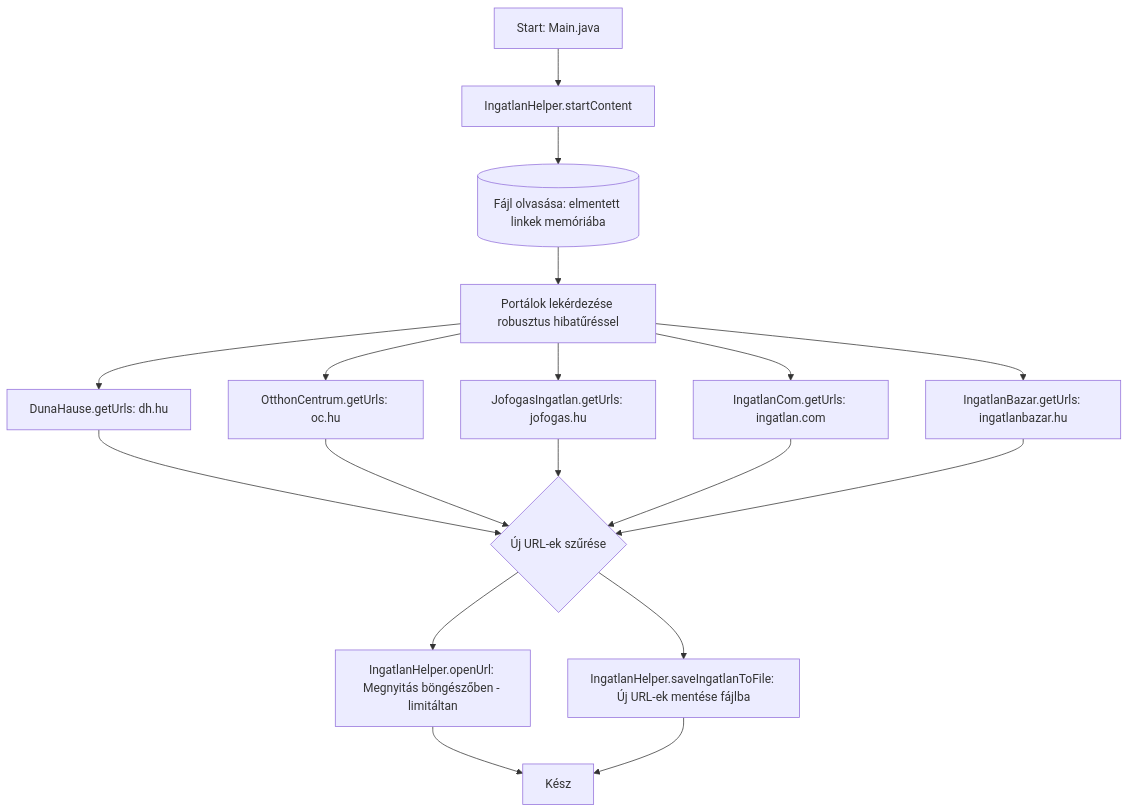
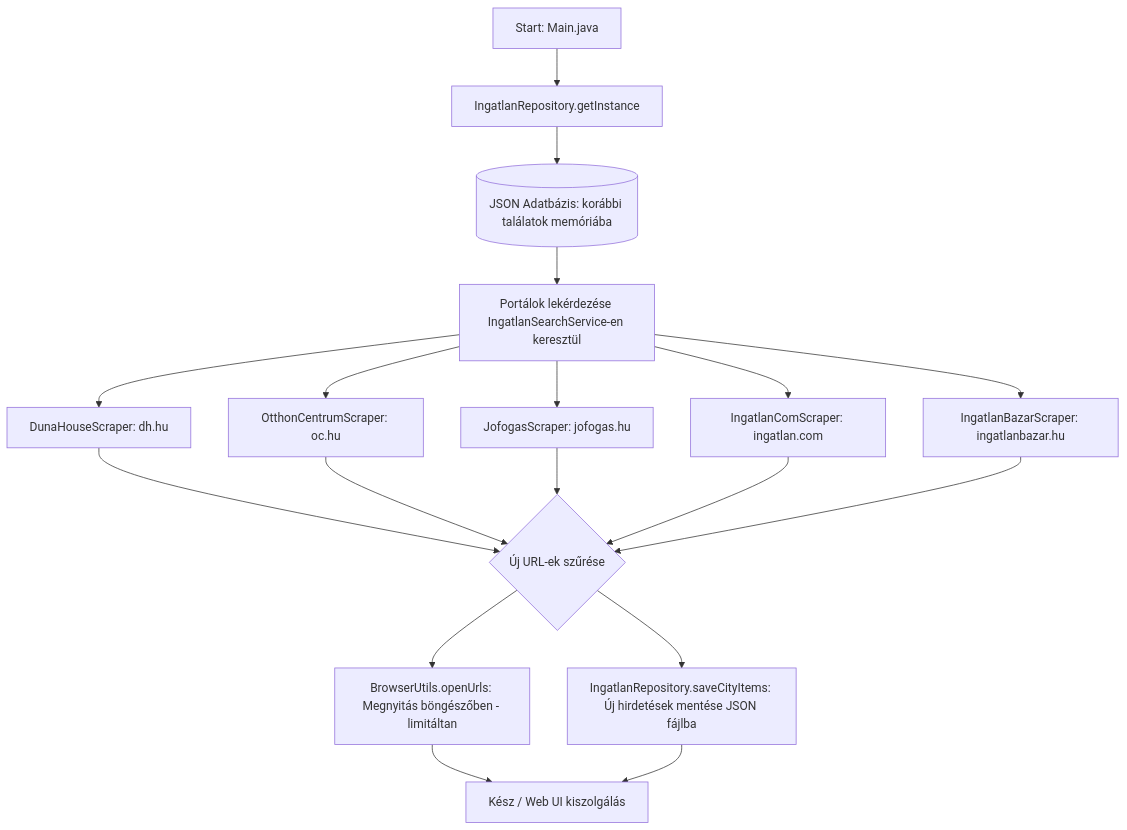
Before and after one commit to Luxeonn/ingatlan-kereso: the diagram in gemini.md, drawn with Mermaid. The commit also changed other lines of this file and 25 other files, not shown here.

Commit message:
refactor: restructure project into modular architecture with common shared module

````diff
--- a/gemini.md
+++ b/gemini.md
@@ -74,15 +78,15 @@
 ```mermaid
 flowchart TD
-    A[Start: Main.java] --> B[IngatlanHelper.startContent]
-    B --> C[(Fájl olvasása: elmentett linkek memóriába)]
-    C --> D[Portálok lekérdezése robusztus hibatűréssel]
-    D --> D1[DunaHause.getUrls: dh.hu]
-    D --> D2[OtthonCentrum.getUrls: oc.hu]
-    D --> D3[JofogasIngatlan.getUrls: jofogas.hu]
-    D --> D4[IngatlanCom.getUrls: ingatlan.com]
-    D --> D5[IngatlanBazar.getUrls: ingatlanbazar.hu]
+    A[Start: Main.java] --> B[IngatlanRepository.getInstance]
+    B --> C[(JSON Adatbázis: korábbi találatok memóriába)]
+    C --> D[Portálok lekérdezése IngatlanSearchService-en keresztül]
+    D --> D1[DunaHouseScraper: dh.hu]
+    D --> D2[OtthonCentrumScraper: oc.hu]
+    D --> D3[JofogasScraper: jofogas.hu]
+    D --> D4[IngatlanComScraper: ingatlan.com]
+    D --> D5[IngatlanBazarScraper: ingatlanbazar.hu]
     D1 & D2 & D3 & D4 & D5 --> E{Új URL-ek szűrése}
-    E --> F[IngatlanHelper.openUrl: Megnyitás böngészőben - limitáltan]
-    E --> G[IngatlanHelper.saveIngatlanToFile: Új URL-ek mentése fájlba]
-    F & G --> H[Kész]
+    E --> F[BrowserUtils.openUrls: Megnyitás böngészőben - limitáltan]
+    E --> G[IngatlanRepository.saveCityItems: Új hirdetések mentése JSON fájlba]
+    F & G --> H[Kész / Web UI kiszolgálás]
 ```
````
